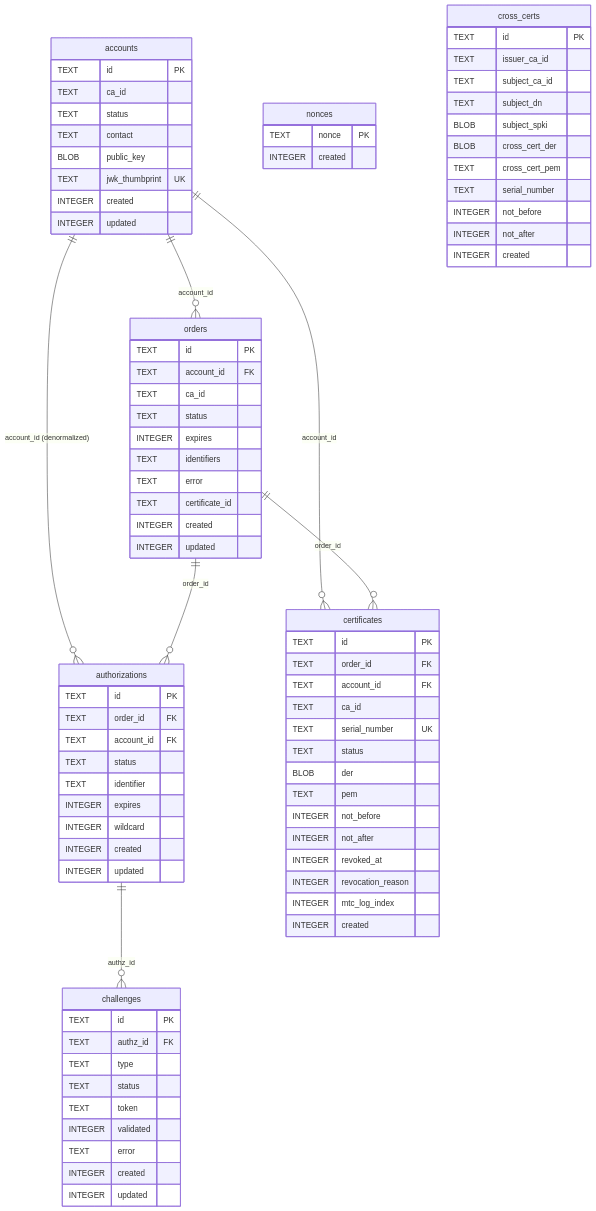
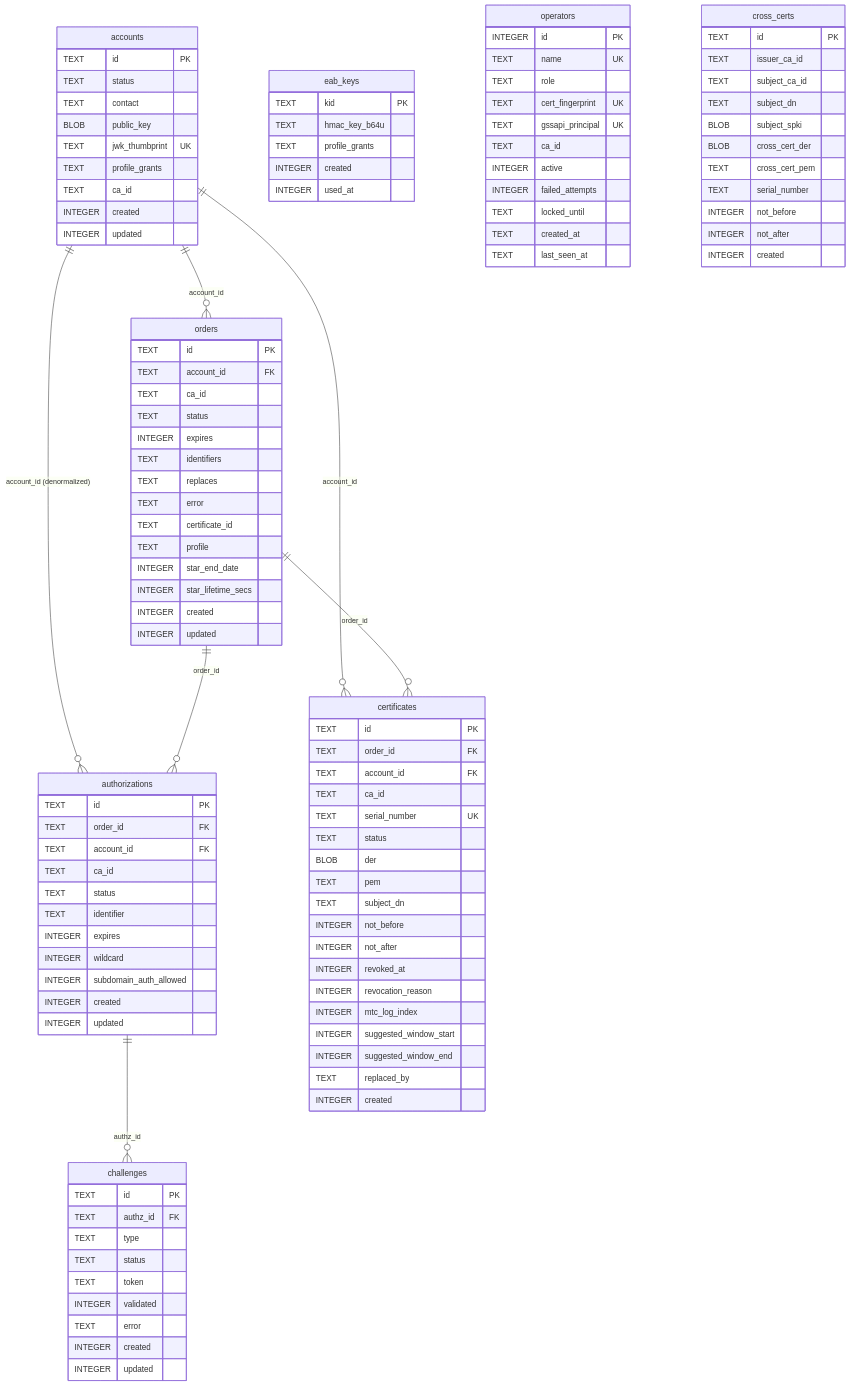
One commit to czinda/akamu changed the diagram in docs/src/developer/database.md. Above: the diagram before and after it, drawn with Mermaid. The commit also changed other lines of this file, not shown here.

First line of the commit message:
docs(developer): correct database schema and migration history

```diff
--- a/docs/src/developer/database.md
+++ b/docs/src/developer/database.md
@@ -207,11 +412,12 @@
 erDiagram
     accounts {
         TEXT id PK
-        TEXT ca_id
         TEXT status
         TEXT contact
         BLOB public_key
         TEXT jwk_thumbprint UK
+        TEXT profile_grants
+        TEXT ca_id
         INTEGER created
         INTEGER updated
     }
@@ -222,8 +428,12 @@
         TEXT status
         INTEGER expires
         TEXT identifiers
+        TEXT replaces
         TEXT error
         TEXT certificate_id
+        TEXT profile
+        INTEGER star_end_date
+        INTEGER star_lifetime_secs
         INTEGER created
         INTEGER updated
     }
@@ -231,10 +441,12 @@
         TEXT id PK
         TEXT order_id FK
         TEXT account_id FK
+        TEXT ca_id
         TEXT status
         TEXT identifier
         INTEGER expires
         INTEGER wildcard
+        INTEGER subdomain_auth_allowed
         INTEGER created
         INTEGER updated
     }
@@ -258,16 +470,36 @@
         TEXT status
         BLOB der
         TEXT pem
+        TEXT subject_dn
         INTEGER not_before
         INTEGER not_after
         INTEGER revoked_at
         INTEGER revocation_reason
         INTEGER mtc_log_index
+        INTEGER suggested_window_start
+        INTEGER suggested_window_end
+        TEXT replaced_by
         INTEGER created
     }
-    nonces {
-        TEXT nonce PK
+    eab_keys {
+        TEXT kid PK
+        TEXT hmac_key_b64u
+        TEXT profile_grants
         INTEGER created
+        INTEGER used_at
+    }
+    operators {
+        INTEGER id PK
+        TEXT name UK
+        TEXT role
+        TEXT cert_fingerprint UK
+        TEXT gssapi_principal UK
+        TEXT ca_id
+        INTEGER active
+        INTEGER failed_attempts
+        TEXT locked_until
+        TEXT created_at
+        TEXT last_seen_at
     }
     cross_certs {
         TEXT id PK
```
